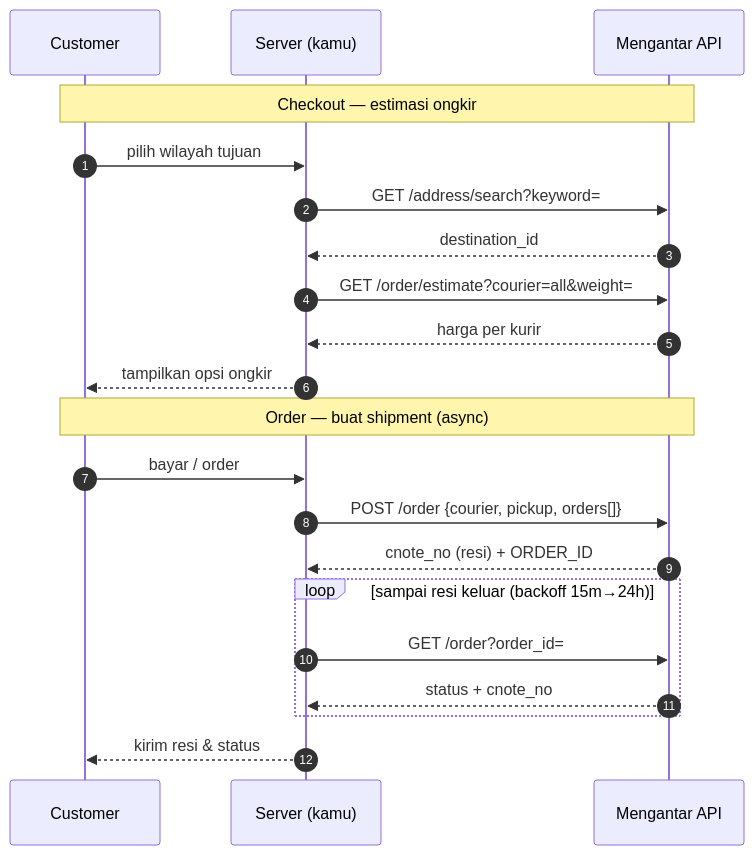
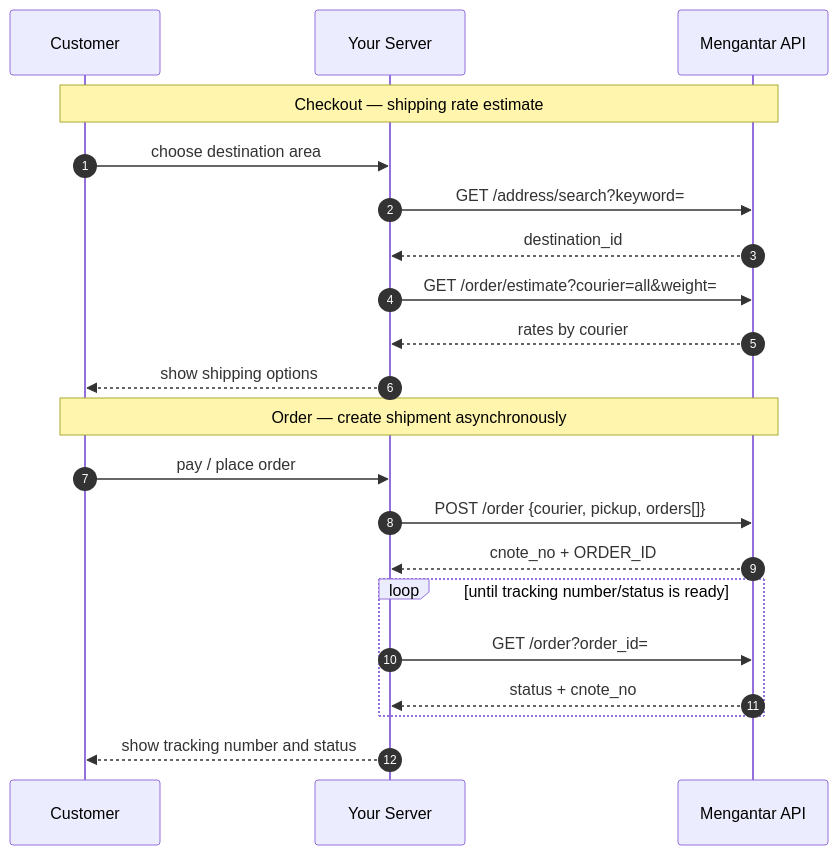
Before and after one commit to ongkipro/mengantar-documentation: the second of 2 diagrams in README.md, drawn with Mermaid. The commit also changed other lines of this file, not shown here.

````diff
--- a/README.md
+++ b/README.md
@@ -54,25 +53,25 @@
 ```mermaid
 sequenceDiagram
     autonumber
     participant C as Customer
-    participant S as Server (kamu)
+    participant S as Your Server
     participant M as Mengantar API
 
-    Note over C,M: Checkout — estimasi ongkir
-    C->>S: pilih wilayah tujuan
+    Note over C,M: Checkout — shipping rate estimate
+    C->>S: choose destination area
     S->>M: GET /address/search?keyword=
     M-->>S: destination_id
     S->>M: GET /order/estimate?courier=all&weight=
-    M-->>S: harga per kurir
-    S-->>C: tampilkan opsi ongkir
+    M-->>S: rates by courier
+    S-->>C: show shipping options
 
-    Note over C,M: Order — buat shipment (async)
-    C->>S: bayar / order
+    Note over C,M: Order — create shipment asynchronously
+    C->>S: pay / place order
     S->>M: POST /order {courier, pickup, orders[]}
-    M-->>S: cnote_no (resi) + ORDER_ID
-    loop sampai resi keluar (backoff 15m→24h)
+    M-->>S: cnote_no + ORDER_ID
+    loop until tracking number/status is ready
         S->>M: GET /order?order_id=
         M-->>S: status + cnote_no
     end
-    S-->>C: kirim resi & status
+    S-->>C: show tracking number and status
 ```
````
